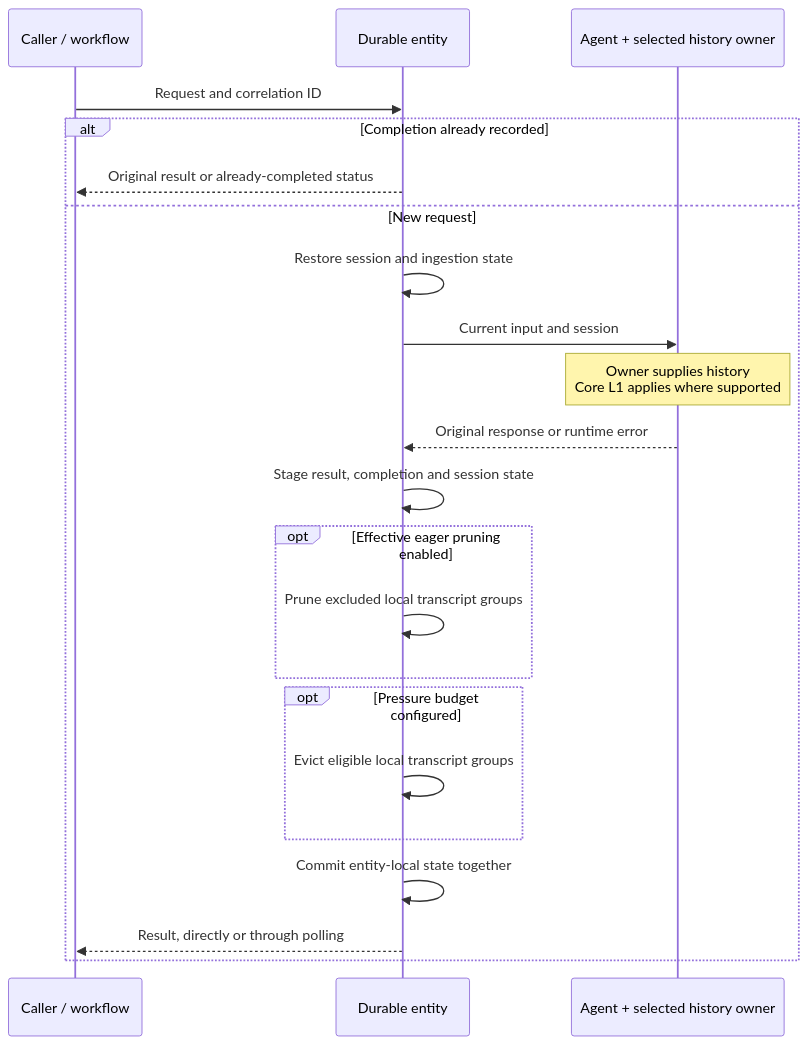
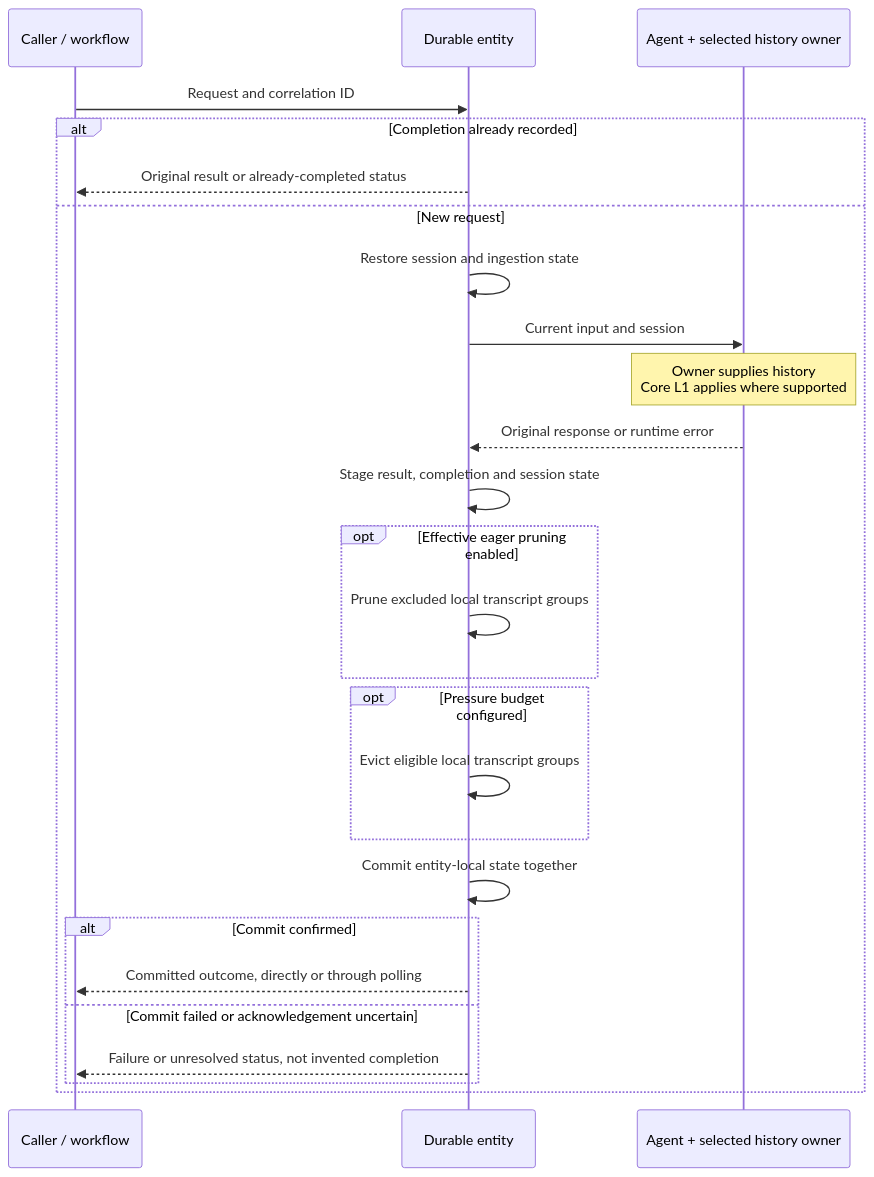
Before and after one commit to microsoft/agent-framework-durable-extension: the fourth of 6 diagrams in docs/decisions/0032-durable-thread-compaction.md, drawn with Mermaid. The commit also changed other lines of this file, not shown here.

````diff
--- a/docs/decisions/0032-durable-thread-compaction.md
+++ b/docs/decisions/0032-durable-thread-compaction.md
@@ -244,24 +294,28 @@
 ```mermaid
 sequenceDiagram
   participant C as Caller / workflow
   participant E as Durable entity
   participant A as Agent + selected history owner
   C->>E: Request and correlation ID
   alt Completion already recorded
     E-->>C: Original result or already-completed status
   else New request
     E->>E: Restore session and ingestion state
     E->>A: Current input and session
     Note over A: Owner supplies history<br/>Core L1 applies where supported
     A-->>E: Original response or runtime error
     E->>E: Stage result, completion and session state
     opt Effective eager pruning enabled
       E->>E: Prune excluded local transcript groups
     end
     opt Pressure budget configured
       E->>E: Evict eligible local transcript groups
     end
     E->>E: Commit entity-local state together
-    E-->>C: Result, directly or through polling
+    alt Commit confirmed
+      E-->>C: Committed outcome, directly or through polling
+    else Commit failed or acknowledgement uncertain
+      E-->>C: Failure or unresolved status, not invented completion
+    end
   end
 ```
````
